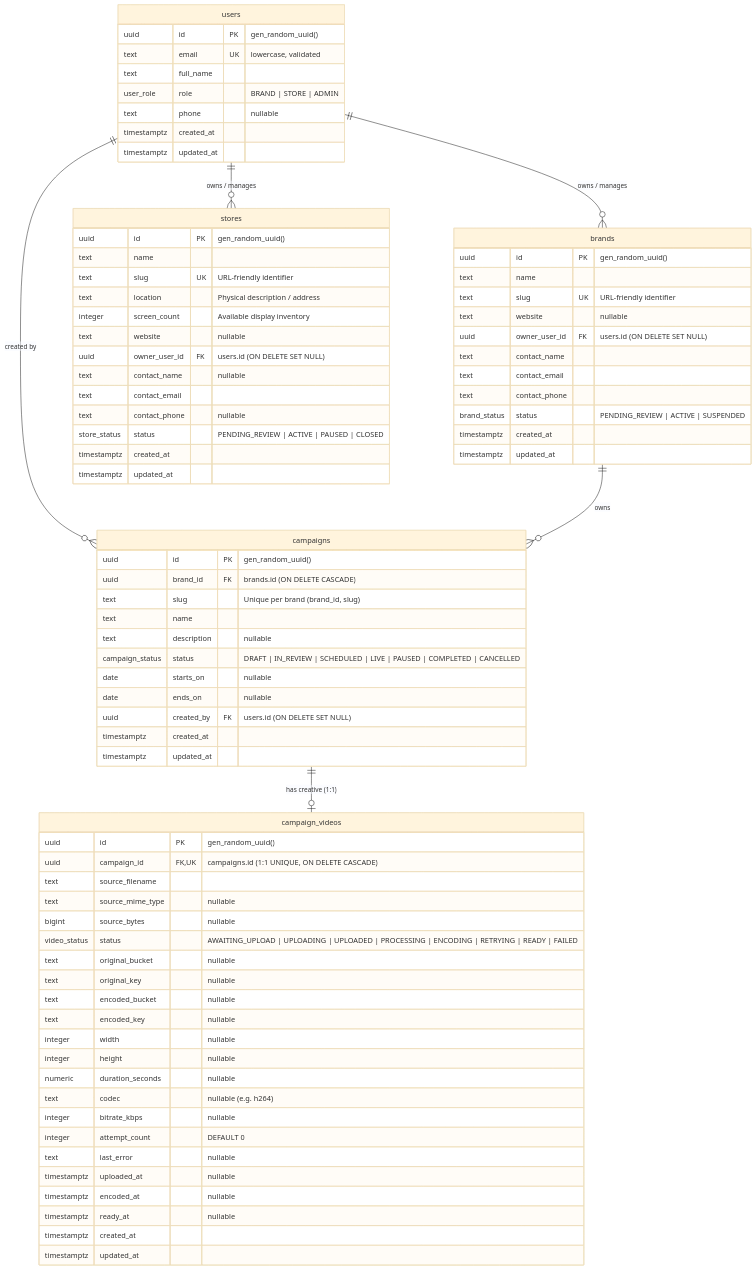
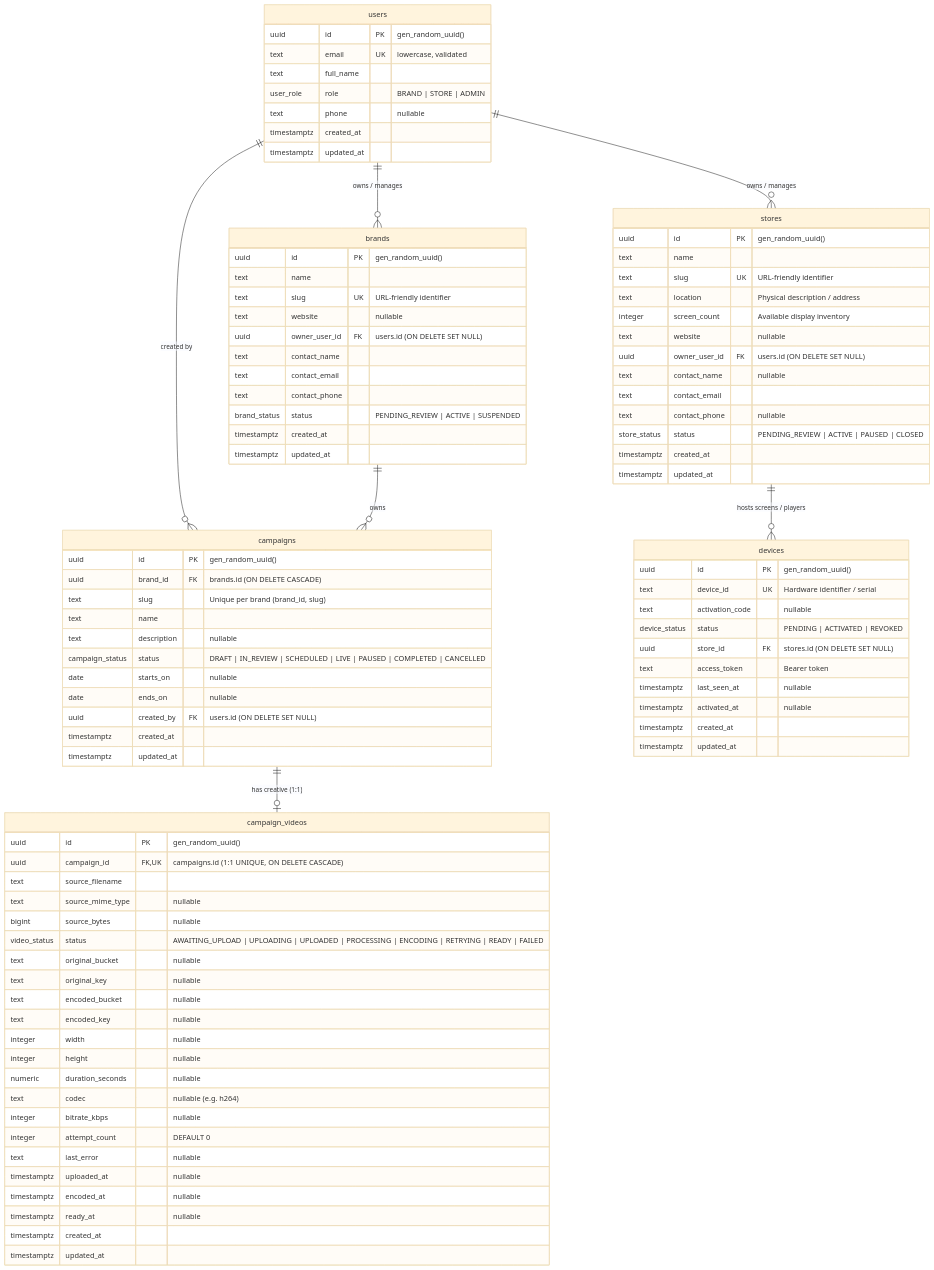
Before and after one commit to 77Gaurav/marketing-project: the first of 2 diagrams in docs/database_schema.md, drawn with Mermaid (base theme). The commit also changed other lines of this file and 33 other files, not shown here.

First line of the commit message:
feat: device activation and automatic authentication APIs with strict camelCase and ST-001 reference store

````diff
--- a/docs/database_schema.md
+++ b/docs/database_schema.md
@@ -13,6 +13,7 @@
     users ||--o{ campaigns : "created by"
     brands ||--o{ campaigns : "owns"
     campaigns ||--o| campaign_videos : "has creative (1:1)"
+    stores ||--o{ devices : "hosts screens / players"
 
     users {
         uuid id PK "gen_random_uuid()"
@@ -92,4 +93,17 @@
         timestamptz created_at
         timestamptz updated_at
     }
+
+    devices {
+        uuid id PK "gen_random_uuid()"
+        text device_id UK "Hardware identifier / serial"
+        text activation_code "nullable"
+        device_status status "PENDING | ACTIVATED | REVOKED"
+        uuid store_id FK "stores.id (ON DELETE SET NULL)"
+        text access_token "Bearer token"
+        timestamptz last_seen_at "nullable"
+        timestamptz activated_at "nullable"
+        timestamptz created_at
+        timestamptz updated_at
+    }
 ```
````
